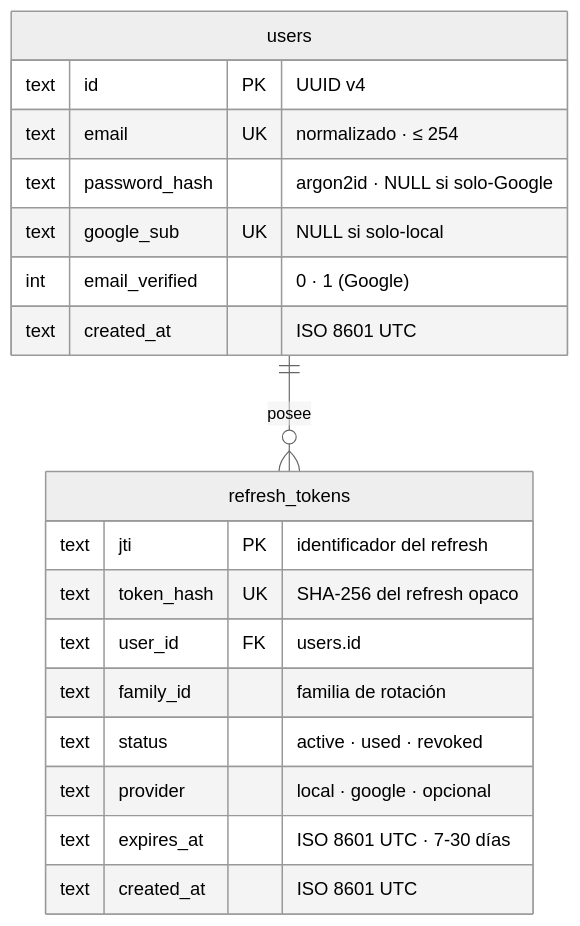
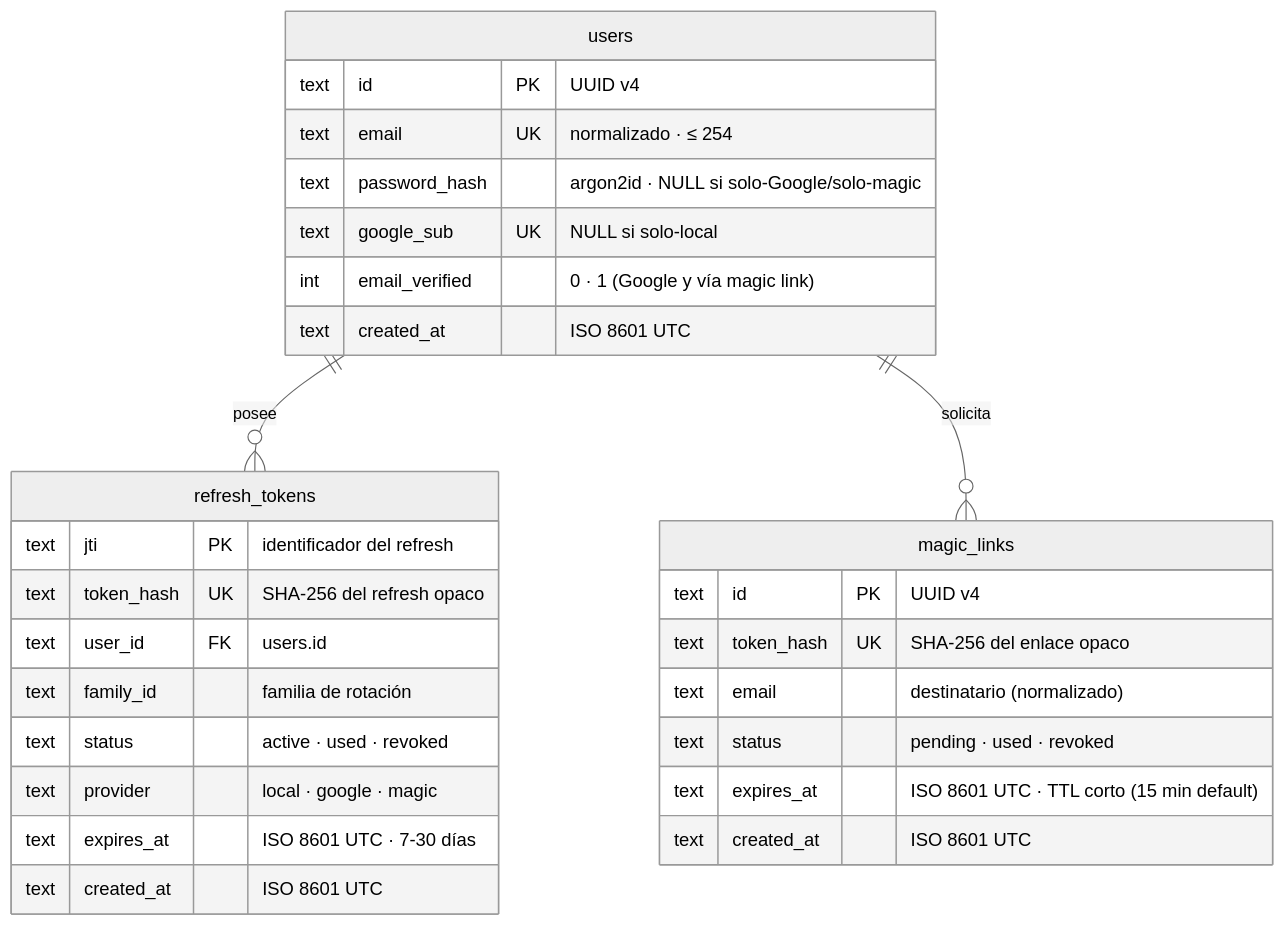
One commit to dpa70-dev/auth-api changed the diagram in docs/04-modelo-de-datos.md. Above: the diagram before and after it, drawn with Mermaid (neutral theme). The commit also changed other lines of this file and 35 other files, not shown here.

First line of the commit message:
feat(auth): magic link signup/sign-in (auto-account, anti-enumeration, single-use)

````diff
--- a/docs/04-modelo-de-datos.md
+++ b/docs/04-modelo-de-datos.md
@@ -11,24 +11,34 @@
 ```mermaid
 erDiagram
     users ||--o{ refresh_tokens : "posee"
+    users ||--o{ magic_links : "solicita"
 
     users {
         text id PK "UUID v4"
         text email UK "normalizado · ≤ 254"
-        text password_hash "argon2id · NULL si solo-Google"
+        text password_hash "argon2id · NULL si solo-Google/solo-magic"
         text google_sub UK "NULL si solo-local"
-        int email_verified "0 · 1 (Google)"
+        int email_verified "0 · 1 (Google y vía magic link)"
         text created_at "ISO 8601 UTC"
     }
 
     refresh_tokens {
         text jti PK "identificador del refresh"
         text token_hash UK "SHA-256 del refresh opaco"
         text user_id FK "users.id"
         text family_id "familia de rotación"
         text status "active · used · revoked"
-        text provider "local · google · opcional"
+        text provider "local · google · magic"
         text expires_at "ISO 8601 UTC · 7-30 días"
         text created_at "ISO 8601 UTC"
     }
+
+    magic_links {
+        text id PK "UUID v4"
+        text token_hash UK "SHA-256 del enlace opaco"
+        text email "destinatario (normalizado)"
+        text status "pending · used · revoked"
+        text expires_at "ISO 8601 UTC · TTL corto (15 min default)"
+        text created_at "ISO 8601 UTC"
+    }
 ```
````
